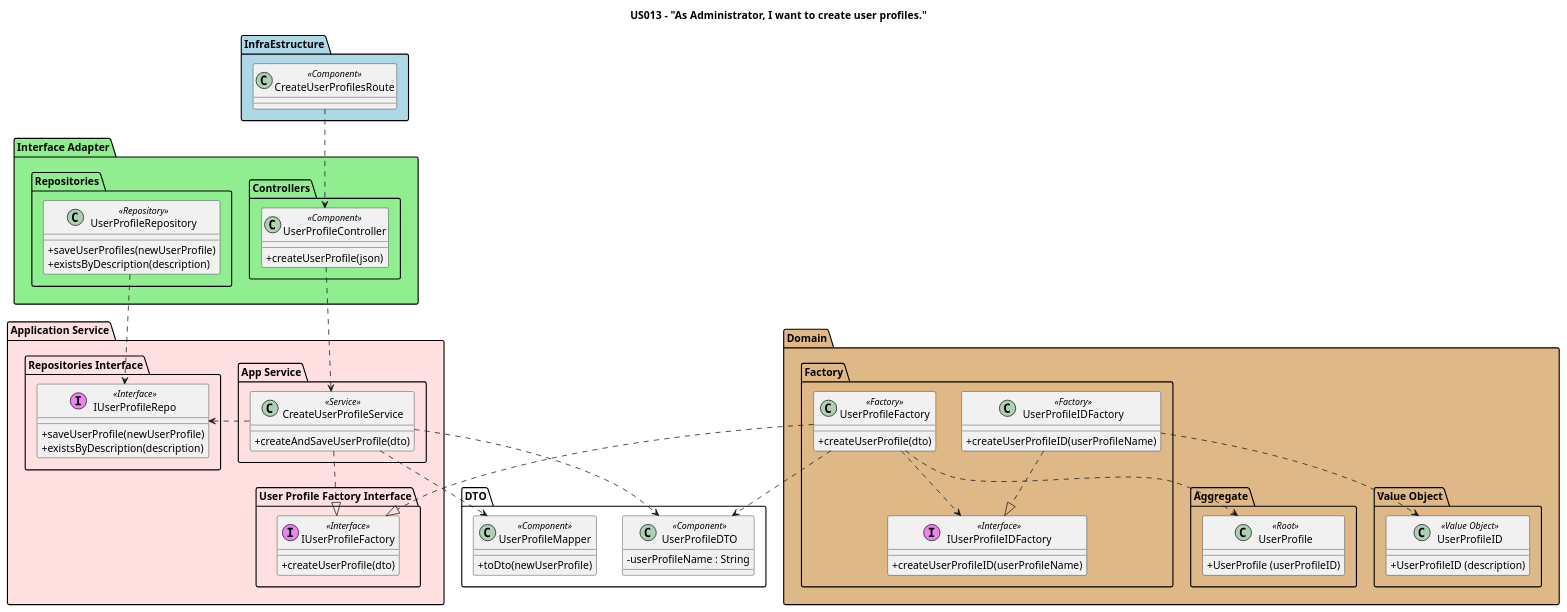
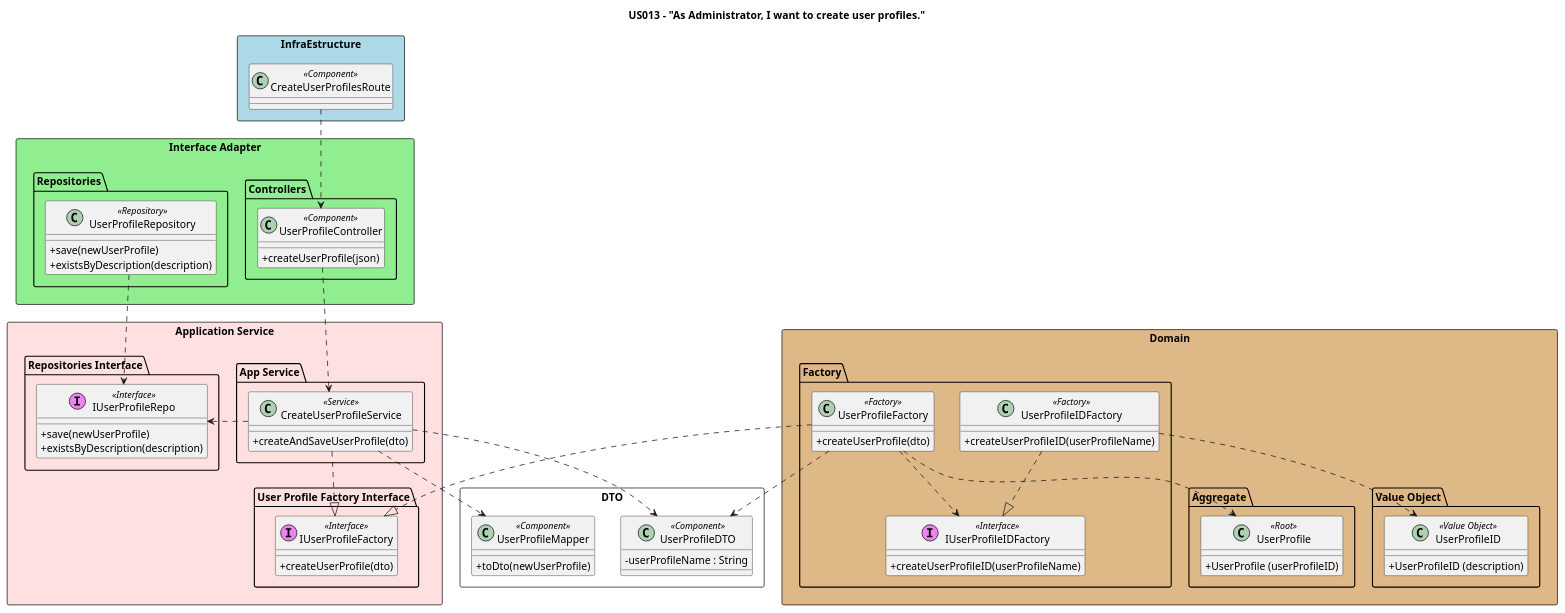
The diagram in docs/Sprint1/US013/US13-CD-DDD.puml (nunogon1211787/projectManagement), drawn with PlantUML before and after one commit. The commit also changed 89 other files, not shown here.

```diff
--- a/docs/Sprint1/US013/US13-CD-DDD.puml
+++ b/docs/Sprint1/US013/US13-CD-DDD.puml
@@ -1,98 +1,98 @@
 @startuml
 
 skinparam classAttributeIconSize 0
 
 title US013 - "As Administrator, I want to create user profiles."
 
-package "InfraEstructure" #lightblue {
+package "InfraEstructure" <<Rectangle>> #lightblue {
     class "CreateUserProfilesRoute" as route <<Component>>{
     }
 }
 
-package "Interface Adapter" #lightgreen{
+package "Interface Adapter" <<Rectangle>> #lightgreen{
 package "Controllers" <<Folder>>{
     class "UserProfileController" as ctrl <<Component>>{
     +createUserProfile(json)
     }
     }
     package "Repositories" <<Folder>>{
     class "UserProfileRepository" as uRepo <<Repository>>{
-    +saveUserProfiles(newUserProfile)
+    +save(newUserProfile)
     +existsByDescription(description)
     }
 }
 }
 
-package "DTO" {
+package "DTO" <<Rectangle>>{
     class "UserProfileDTO" as dto <<Component>> {
     -userProfileName : String
     }
 
     class "UserProfileMapper" as mapper <<Component>> {
     +toDto(newUserProfile)
     }
 }
 
-package "Application Service" #implementation {
+package "Application Service"<<Rectangle>> #implementation {
     package "App Service" {
         class "CreateUserProfileService" as service <<Service>>{
         +createAndSaveUserProfile(dto)
         }
     }
     package "Repositories Interface" {
         class "IUserProfileRepo" as iUserProfileRepo <<(I, Violet) Interface>> {
-            +saveUserProfile(newUserProfile)
+            +save(newUserProfile)
             +existsByDescription(description)
         }
     }
     package "User Profile Factory Interface" {
     class "IUserProfileFactory" as iUserProfileFactory <<(I, Violet) Interface>> {
             +createUserProfile(dto)
             }
     }
 }
 
-package "Domain" #burlywood  {
+package "Domain" <<Rectangle>>#burlywood  {
     package "Factory" {
         class "UserProfileFactory" as userProfileFactory <<Factory>> {
         +createUserProfile(dto)
         }
 
         class "UserProfileIDFactory" as userProfileIDFactory <<Factory>> {
         +createUserProfileID(userProfileName)
         }
         class "IUserProfileIDFactory" as iUserProfileIDFactory <<(I, Violet) Interface>> {
         +createUserProfileID(userProfileName)
         }
     }
 
     package "Aggregate" {
         class "UserProfile" as userProfile <<Root>>{
             +UserProfile (userProfileID)
         }
     }
     package "Value Object"  {
         class "UserProfileID" as userProfileID <<Value Object>>{
         +UserProfileID (description)
         }
     }
 }
 
 route ..> ctrl
 ctrl ..> service
 uRepo ..> iUserProfileRepo
 service .left.> iUserProfileRepo
 service ..|> iUserProfileFactory
 service .down.> dto
 service .down.> mapper
 userProfileFactory ..|> iUserProfileFactory
 userProfileIDFactory ..|> iUserProfileIDFactory
 userProfileFactory ..> iUserProfileIDFactory
 userProfileFactory ..> userProfile
 userProfileFactory .down.> dto
 userProfileIDFactory ..> userProfileID
 
 
 
 
 @enduml
```
